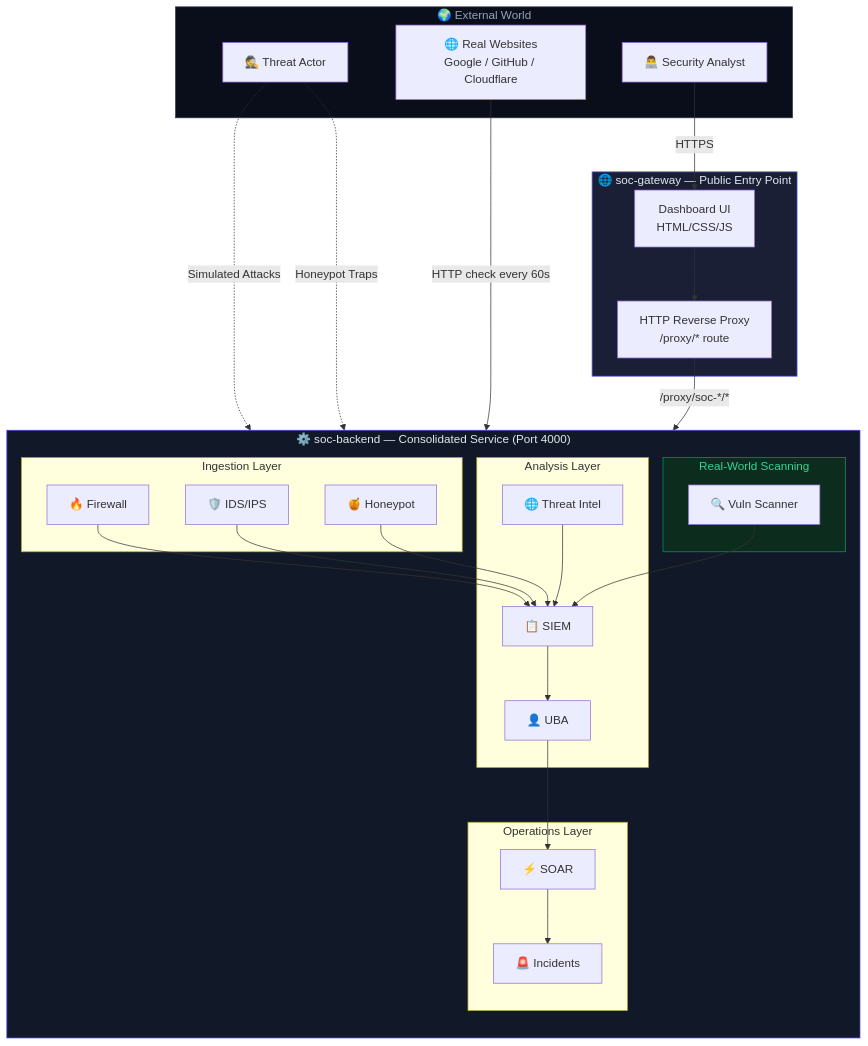
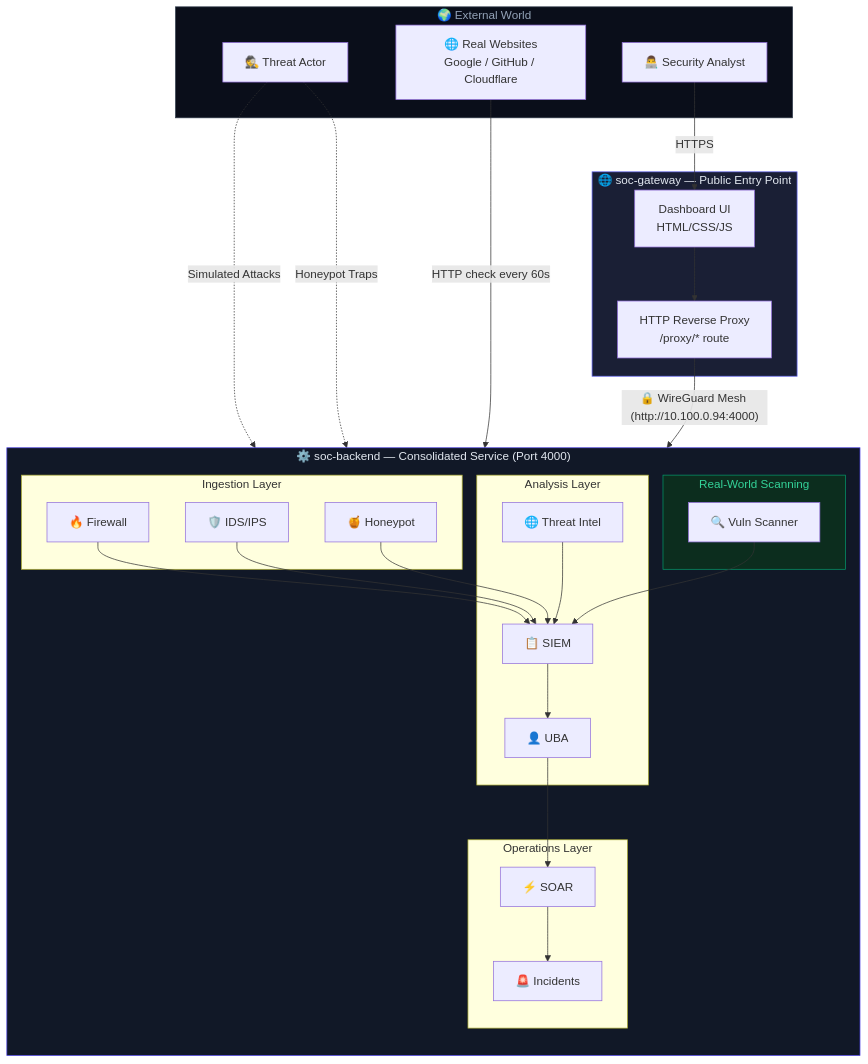
The second of 15 diagrams in docs/REPORT.md (ZiadMahmoud2003/cumin-soc), drawn with Mermaid before and after one commit. The commit also changed other lines of this file and 1 other file, not shown here.

First line of the commit message:
docs: Synchronize entire documentation with live private WireGuard mesh

````diff
--- a/docs/REPORT.md
+++ b/docs/REPORT.md
@@ -122,55 +123,55 @@
 ```mermaid
 flowchart TD
     subgraph EXT["🌍 External World"]
         Analyst["👨‍💻 Security Analyst"]
         Attacker["🕵️ Threat Actor"]
         Websites["🌐 Real Websites\nGoogle / GitHub / Cloudflare"]
     end
 
     subgraph GW["🌐 soc-gateway — Public Entry Point"]
         UI["Dashboard UI\nHTML/CSS/JS"]
         Proxy["HTTP Reverse Proxy\n/proxy/* route"]
     end
 
     subgraph BE["⚙️ soc-backend — Consolidated Service (Port 4000)"]
         direction TB
         subgraph ING["Ingestion Layer"]
             FW["🔥 Firewall"]
             IDS["🛡️ IDS/IPS"]
             HP["🍯 Honeypot"]
         end
         subgraph AN["Analysis Layer"]
             SIEM["📋 SIEM"]
             UBA["👤 UBA"]
             TI["🌐 Threat Intel"]
         end
         subgraph OP["Operations Layer"]
             SOAR["⚡ SOAR"]
             OPS["🚨 Incidents"]
         end
         subgraph RS["Real-World Scanning"]
             VS["🔍 Vuln Scanner"]
         end
     end
 
     Analyst -->|"HTTPS"| UI
     Attacker -.->|"Simulated Attacks"| IDS
     Attacker -.->|"Honeypot Traps"| HP
     Websites -->|"HTTP check every 60s"| VS
     UI --> Proxy
-    Proxy -->|"/proxy/soc-*/*"| BE
+    Proxy -->|"🔒 WireGuard Mesh (http://10.100.0.94:4000)"| BE
 
     FW --> SIEM
     IDS --> SIEM
     HP --> SIEM
     TI --> SIEM
     VS --> SIEM
     SIEM --> UBA
     UBA --> SOAR
     SOAR --> OPS
 
     style EXT fill:#0a0e1a,color:#94a3b8,stroke:#2d3748
     style GW fill:#1a1f35,color:#e2e8f0,stroke:#6366f1
     style BE fill:#111827,color:#e2e8f0,stroke:#4f46e5
     style RS fill:#0c2d1e,color:#34d399,stroke:#059669
 ```
````
